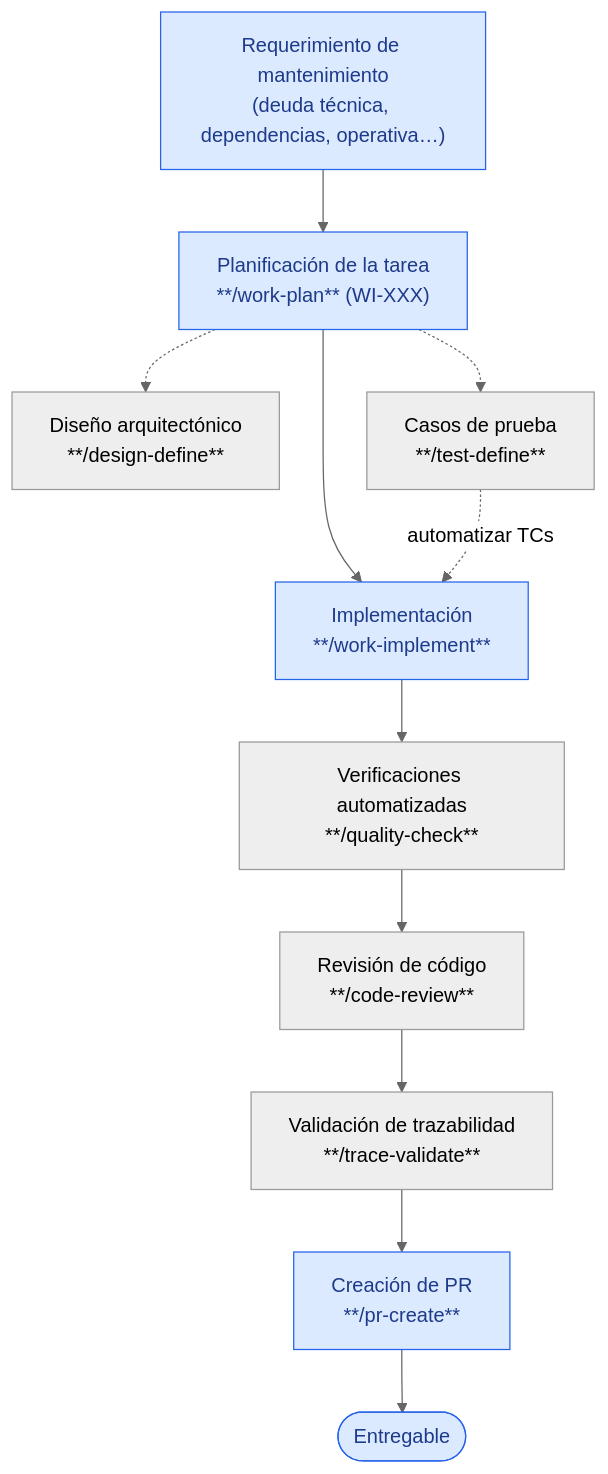
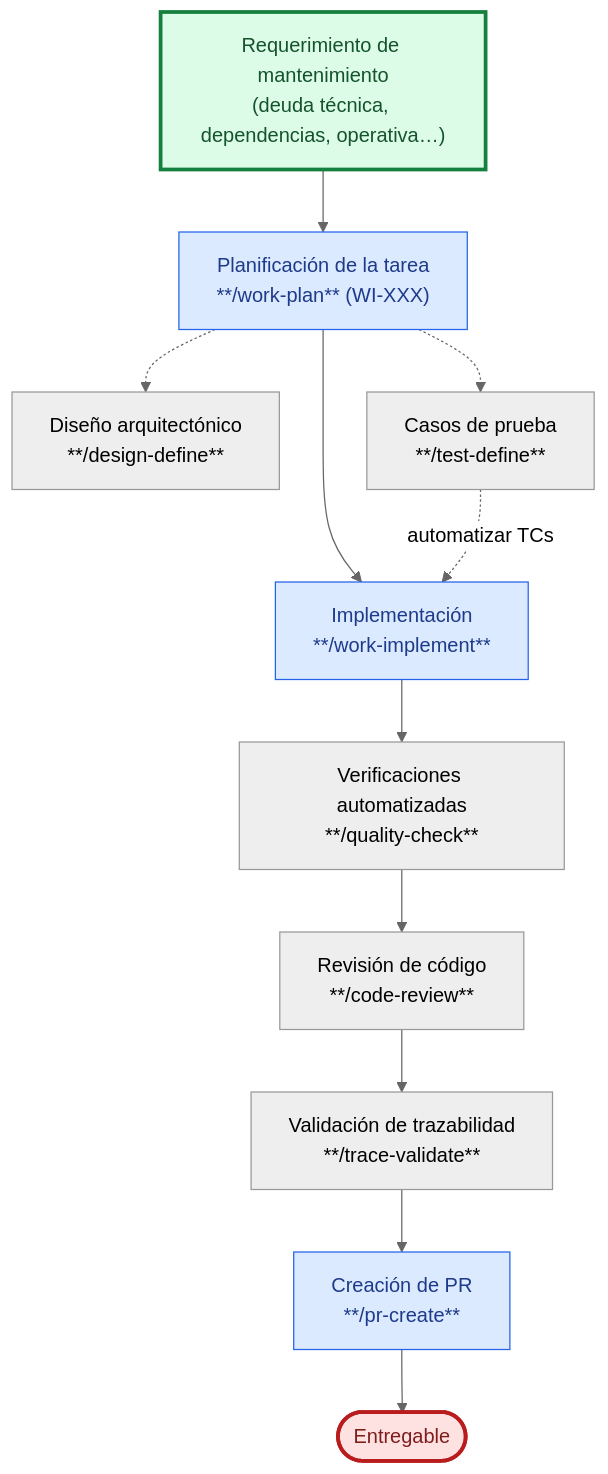
Before and after one commit to juanca202/ai: the diagram in docs/use-cases/maintenance-task.md, drawn with Mermaid (neutral theme). The commit also changed 3 other files, not shown here.

First line of the commit message:
style(use-cases): highlight entry and exit points in flow diagrams

````diff
--- a/docs/use-cases/maintenance-task.md
+++ b/docs/use-cases/maintenance-task.md
@@ -7,16 +7,20 @@
 ```mermaid
 flowchart TD
     A["Requerimiento de mantenimiento<br/>(deuda técnica, dependencias, operativa…)"] --> E["Planificación de la tarea<br/>**/work-plan** (WI-XXX)"]
     E -.-> D["Diseño arquitectónico<br/>**/design-define**"]
     E -.-> C["Casos de prueba<br/>**/test-define**"]
     E --> G["Implementación<br/>**/work-implement**"]
     C -.->|"automatizar TCs"| G
     G --> Q0["Verificaciones automatizadas<br/>**/quality-check**"]
     Q0 --> Q1["Revisión de código<br/>**/code-review**"]
     Q1 --> Q2["Validación de trazabilidad<br/>**/trace-validate**"]
     Q2 --> I["Creación de PR<br/>**/pr-create**"]
     I --> J(["Entregable"])
 
     classDef main fill:#dbeafe,stroke:#2563eb,color:#1e3a8a
-    class A,E,G,I,J main
+    classDef entryPoint fill:#dcfce7,stroke:#15803d,stroke-width:3px,color:#14532d
+    classDef exitPoint fill:#fee2e2,stroke:#b91c1c,stroke-width:3px,color:#7f1d1d
+    class E,G,I main
+    class A entryPoint
+    class J exitPoint
 ```
````
